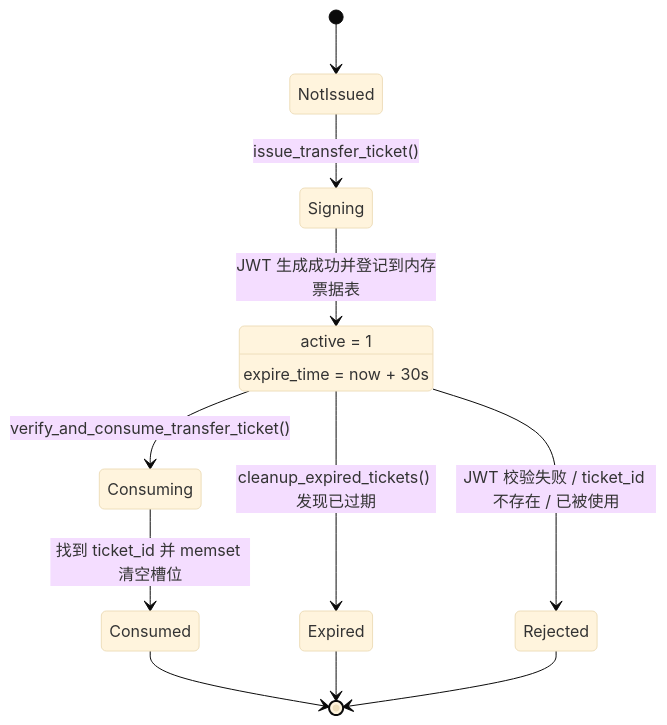
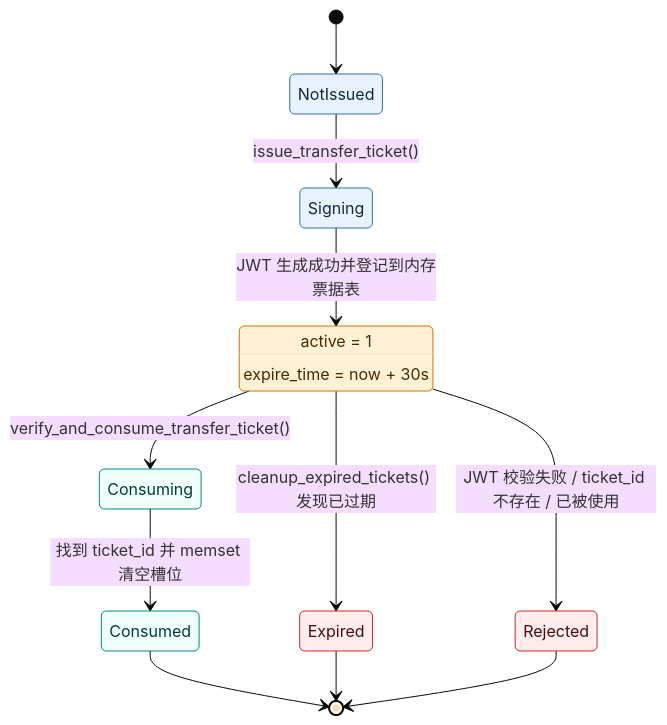
The eighth of 12 diagrams in docs/V5全流程状态图详解.md (panlong-studio/WindCloud_V4), drawn with Mermaid (base theme) before and after one commit. The commit also changed other lines of this file and 5 other files, not shown here.

````diff
--- a/docs/V5全流程状态图详解.md
+++ b/docs/V5全流程状态图详解.md
@@ -585,17 +673,28 @@
 ```mermaid
 stateDiagram-v2
     [*] --> NotIssued
     NotIssued --> Signing: issue_transfer_ticket()
     Signing --> ActiveUnused: JWT 生成成功并登记到内存票据表
     ActiveUnused: active = 1
     ActiveUnused: expire_time = now + 30s
 
     ActiveUnused --> Consuming: verify_and_consume_transfer_ticket()
     Consuming --> Consumed: 找到 ticket_id 并 memset 清空槽位
     ActiveUnused --> Expired: cleanup_expired_tickets() 发现已过期
     ActiveUnused --> Rejected: JWT 校验失败 / ticket_id 不存在 / 已被使用
 
     Consumed --> [*]
     Expired --> [*]
     Rejected --> [*]
+    classDef init fill:#E8F3FF,stroke:#2F6FB6,color:#102A43
+    classDef active fill:#FFF1D6,stroke:#C77700,color:#4A2B00
+    classDef transfer fill:#EFFFFA,stroke:#00897B,color:#003D35
+    classDef success fill:#E9F8EF,stroke:#2E7D32,color:#173B1A
+    classDef final fill:#F3ECFF,stroke:#7C4DFF,color:#2D1B69
+    classDef fail fill:#FFECEC,stroke:#C62828,color:#4A0D0D
+
+    class NotIssued,Signing init
+    class ActiveUnused active
+    class Consuming,Consumed transfer
+    class Expired,Rejected fail
 ```
````
